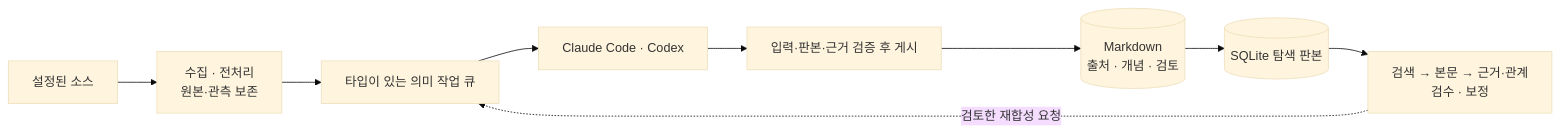
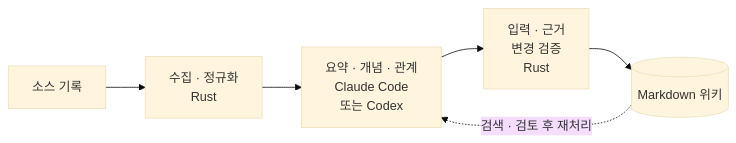
Before and after one commit to junyeong-ai/lorekeeper: the first of 2 diagrams in README.md, drawn with Mermaid (base theme). The commit also changed other lines of this file and 4 other files, not shown here.

````diff
--- a/README.md
+++ b/README.md
@@ -36,11 +31,8 @@
 ```mermaid
 flowchart LR
-    S["설정된 소스"] --> C["수집 · 전처리<br/>원본·관측 보존"]
-    C --> Q["타입이 있는 의미 작업 큐"]
-    Q --> A["Claude Code · Codex"]
-    A --> P["입력·판본·근거 검증 후 게시"]
-    P --> V[("Markdown<br/>출처 · 개념 · 검토")]
-    V --> N[("SQLite 탐색 판본")]
-    N --> R["검색 → 본문 → 근거·관계<br/>검수 · 보정"]
-    R -. "검토한 재합성 요청" .-> Q
+    S["소스 기록"] --> C["수집 · 정규화<br/>Rust"]
+    C --> A["요약 · 개념 · 관계<br/>Claude Code<br/>또는 Codex"]
+    A --> G["입력 · 근거<br/>변경 검증<br/>Rust"]
+    G --> W[("Markdown 위키")]
+    W -. "검색 · 검토 후 재처리" .-> A
 ```
````
